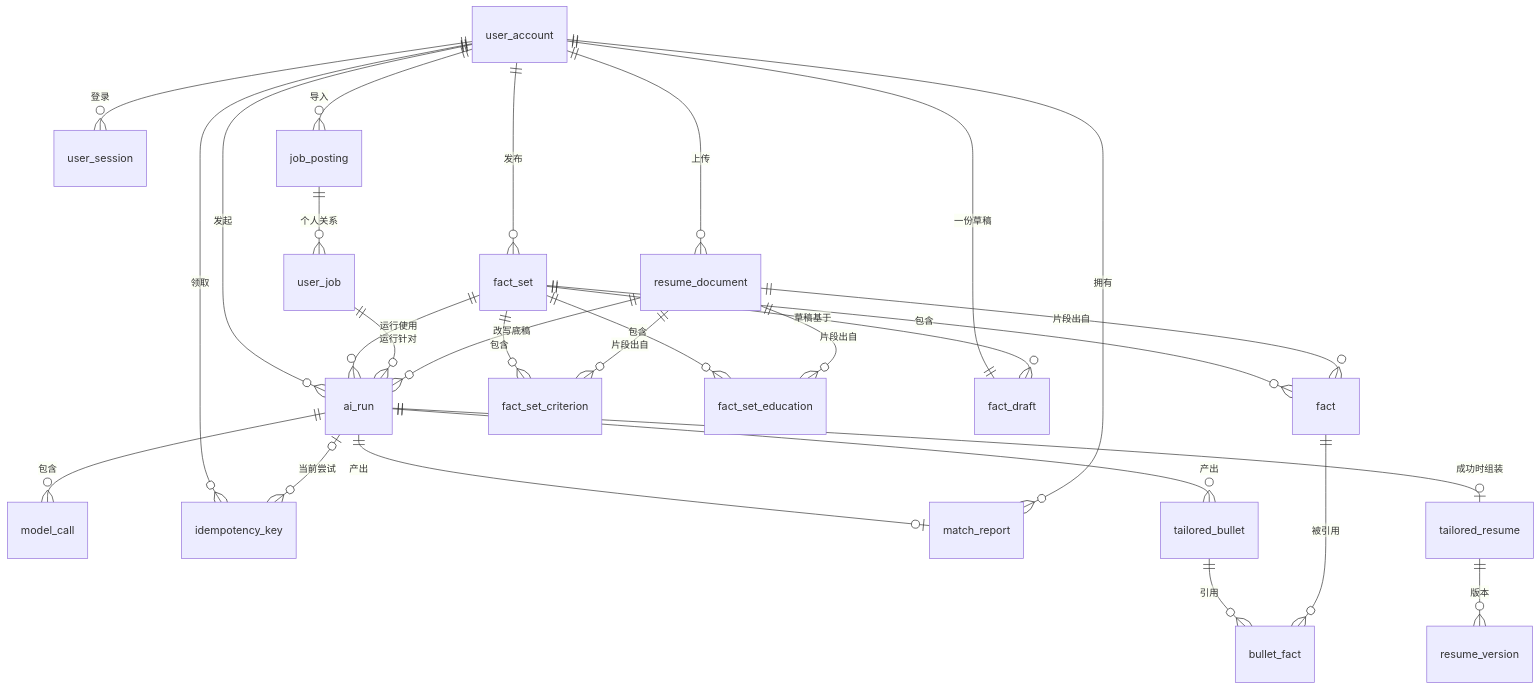
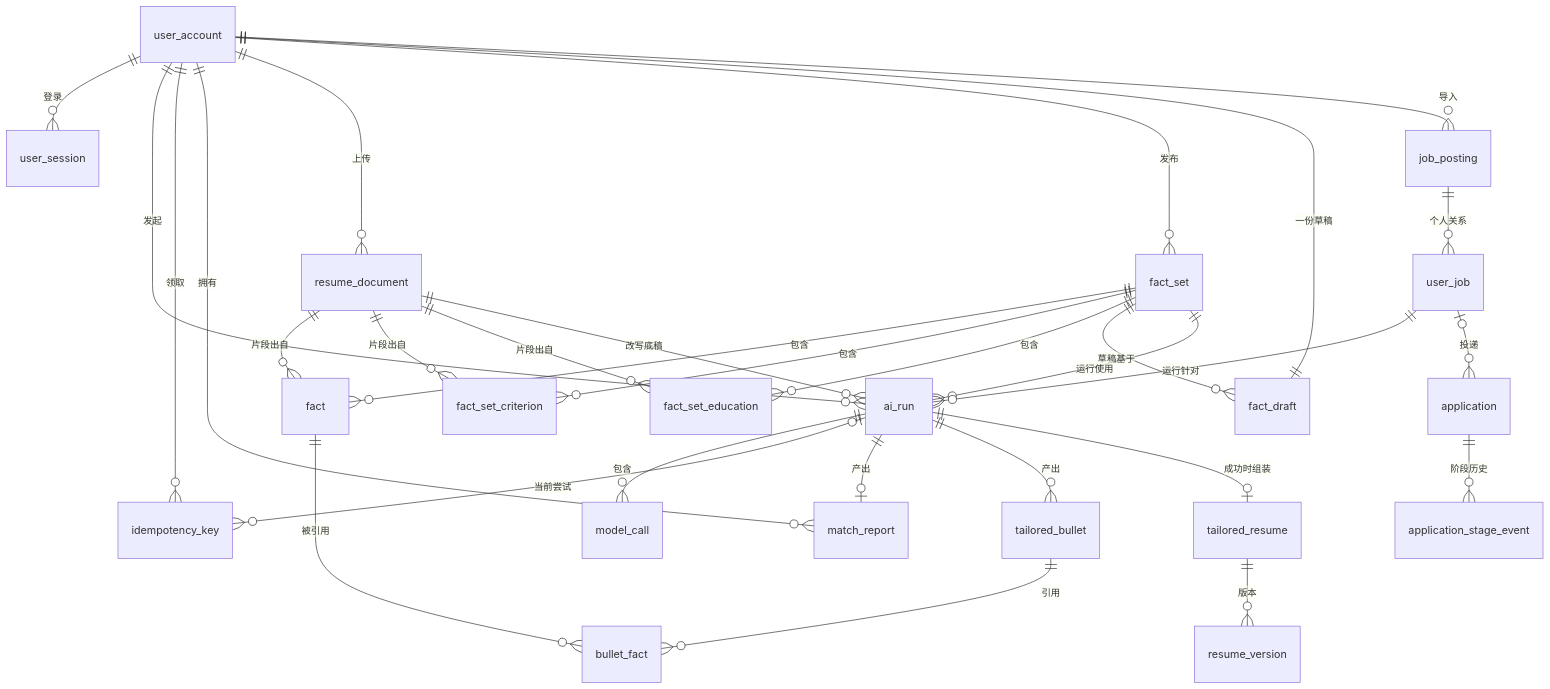
One commit to Galilieo/jobpilot changed the diagram in notes/求职助手Agent/数据库设计.md. Above: the diagram before and after it, drawn with Mermaid. The commit also changed other lines of this file and 4 other files, not shown here.

````diff
--- a/notes/求职助手Agent/数据库设计.md
+++ b/notes/求职助手Agent/数据库设计.md
@@ -18,30 +18,32 @@
 ```mermaid
 erDiagram
     user_account ||--o{ user_session : "登录"
     user_account ||--o{ ai_run : "发起"
     ai_run ||--o{ model_call : "包含"
     user_account ||--o{ idempotency_key : "领取"
     ai_run o|--o{ idempotency_key : "当前尝试"
     ai_run ||--o| match_report : "产出"
     user_account ||--o{ match_report : "拥有"
     user_account ||--o{ resume_document : "上传"
     user_account ||--o{ fact_set : "发布"
     fact_set ||--o{ fact : "包含"
     fact_set ||--o{ fact_set_criterion : "包含"
     fact_set ||--o{ fact_set_education : "包含"
     resume_document ||--o{ fact : "片段出自"
     resume_document ||--o{ fact_set_criterion : "片段出自"
     resume_document ||--o{ fact_set_education : "片段出自"
     user_account ||--|| fact_draft : "一份草稿"
     fact_set ||--o{ fact_draft : "草稿基于"
     fact_set ||--o{ ai_run : "运行使用"
     user_account ||--o{ job_posting : "导入"
     job_posting ||--o{ user_job : "个人关系"
     user_job ||--o{ ai_run : "运行针对"
     resume_document ||--o{ ai_run : "改写底稿"
     ai_run ||--o{ tailored_bullet : "产出"
     tailored_bullet ||--o{ bullet_fact : "引用"
     fact ||--o{ bullet_fact : "被引用"
     ai_run ||--o| tailored_resume : "成功时组装"
     tailored_resume ||--o{ resume_version : "版本"
+    user_job |o--o{ application : "投递"
+    application ||--o{ application_stage_event : "阶段历史"
 ```
````
